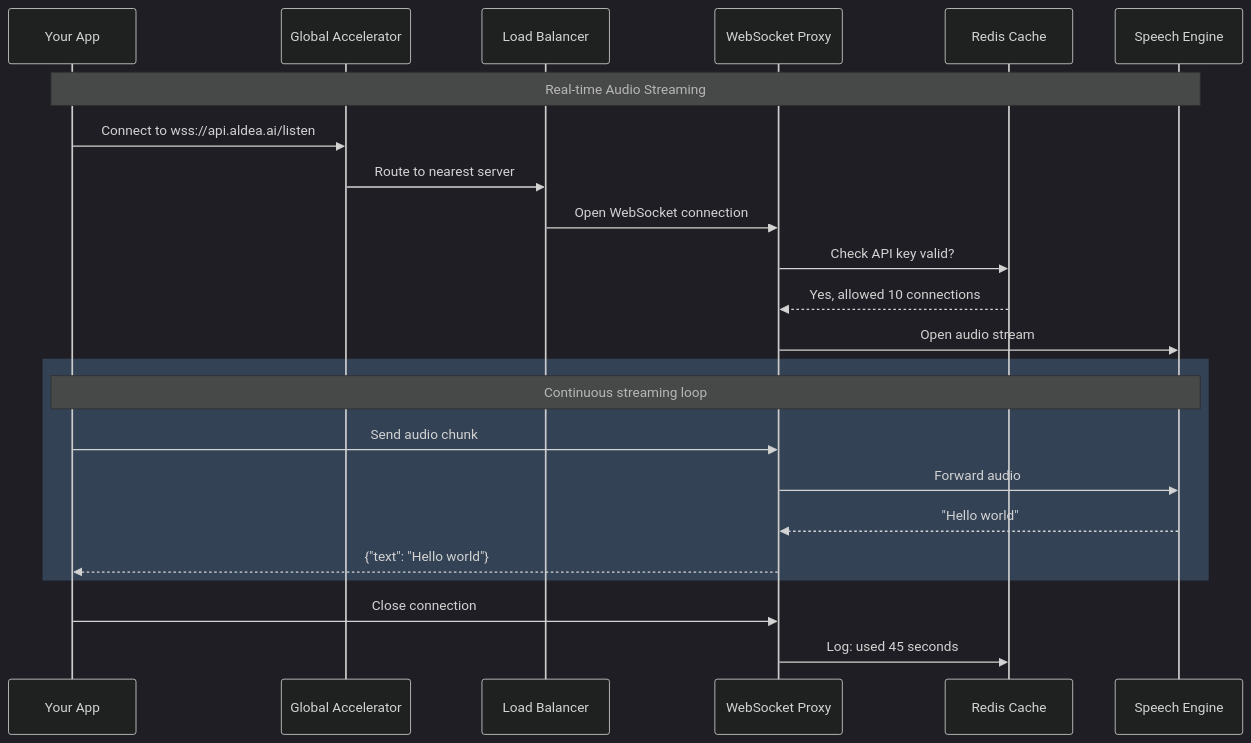
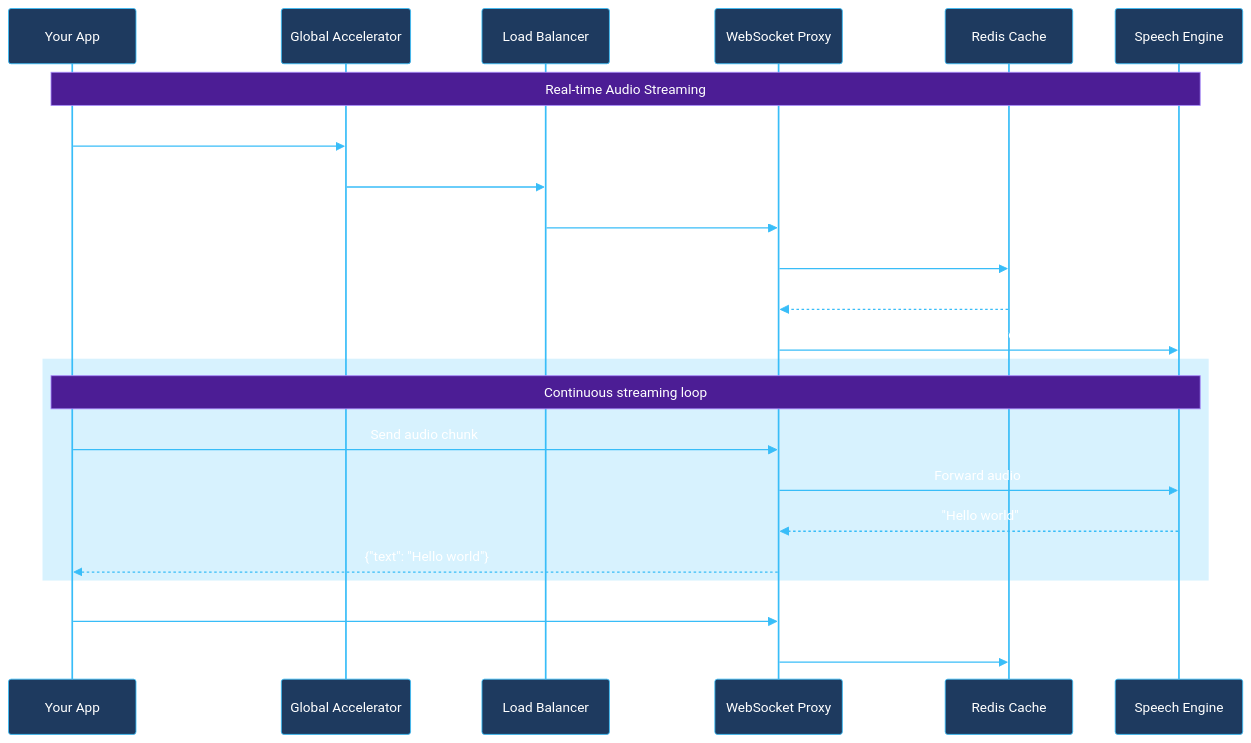
The fourth of 8 diagrams in diagrams/ecs-architecture.md (aldea-ai/infrastructure-docs), drawn with Mermaid before and after one commit. The commit also changed other lines of this file and 2 other files, not shown here.

First line of the commit message:
Apply high-contrast custom theme for dark mode readability

````diff
--- a/diagrams/ecs-architecture.md
+++ b/diagrams/ecs-architecture.md
@@ -134,32 +134,32 @@
 ```mermaid
-%%{init: {'theme': 'dark'}}%%
+%%{init: {'theme': 'base', 'themeVariables': { 'primaryColor': '#1e3a5f', 'primaryTextColor': '#fff', 'primaryBorderColor': '#38bdf8', 'lineColor': '#38bdf8', 'actorTextColor': '#fff', 'actorBkg': '#1e3a5f', 'actorBorder': '#38bdf8', 'signalColor': '#38bdf8', 'signalTextColor': '#fff', 'labelTextColor': '#fff', 'loopTextColor': '#fff', 'noteBkgColor': '#4c1d95', 'noteTextColor': '#fff', 'noteBorderColor': '#a78bfa', 'activationBkgColor': '#064e3b', 'activationBorderColor': '#34d399', 'sequenceNumberColor': '#fff'}}}%%
 sequenceDiagram
     participant App as Your App
     participant GA as Global Accelerator
     participant LB as Load Balancer
     participant WS as WebSocket Proxy
     participant Redis as Redis Cache
     participant STT as Speech Engine
 
     Note over App,STT: Real-time Audio Streaming
 
     App->>GA: Connect to wss://api.aldea.ai/listen
     GA->>LB: Route to nearest server
     LB->>WS: Open WebSocket connection
 
     WS->>Redis: Check API key valid?
     Redis-->>WS: Yes, allowed 10 connections
 
     WS->>STT: Open audio stream
 
-    rect rgba(100, 150, 200, 0.3)
+    rect rgba(56, 189, 248, 0.2)
         Note over App,STT: Continuous streaming loop
         App->>WS: Send audio chunk
         WS->>STT: Forward audio
         STT-->>WS: "Hello world"
         WS-->>App: {"text": "Hello world"}
     end
 
     App->>WS: Close connection
     WS->>Redis: Log: used 45 seconds
 ```
````
